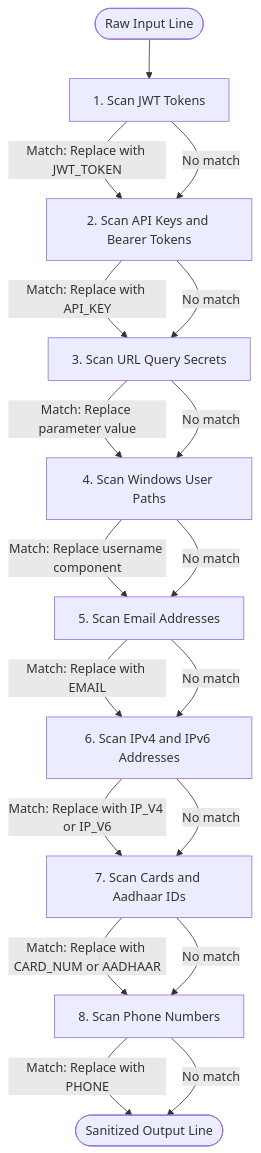
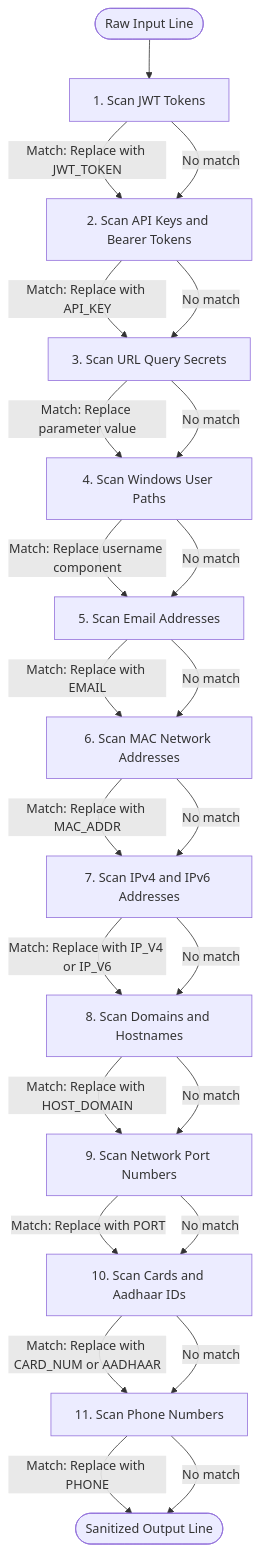
Before and after one commit to bishwajitprasadgond/Log-Redactor: the third of 4 diagrams in README.md, drawn with Mermaid. The commit also changed other lines of this file and 9 other files, not shown here.

````diff
--- a/README.md
+++ b/README.md
@@ -63,27 +63,36 @@
 ```mermaid
 flowchart TD
     RawLine([Raw Input Line]) --> R1[1. Scan JWT Tokens]
     R1 -->|Match: Replace with JWT_TOKEN| R2[2. Scan API Keys and Bearer Tokens]
     R1 -->|No match| R2
     
     R2 -->|Match: Replace with API_KEY| R3[3. Scan URL Query Secrets]
     R2 -->|No match| R3
     
     R3 -->|Match: Replace parameter value| R4[4. Scan Windows User Paths]
     R3 -->|No match| R4
     
     R4 -->|Match: Replace username component| R5[5. Scan Email Addresses]
     R4 -->|No match| R5
     
-    R5 -->|Match: Replace with EMAIL| R6[6. Scan IPv4 and IPv6 Addresses]
+    R5 -->|Match: Replace with EMAIL| R6[6. Scan MAC Network Addresses]
     R5 -->|No match| R6
-    
-    R6 -->|Match: Replace with IP_V4 or IP_V6| R7[7. Scan Cards and Aadhaar IDs]
+
+    R6 -->|Match: Replace with MAC_ADDR| R7[7. Scan IPv4 and IPv6 Addresses]
     R6 -->|No match| R7
     
-    R7 -->|Match: Replace with CARD_NUM or AADHAAR| R8[8. Scan Phone Numbers]
+    R7 -->|Match: Replace with IP_V4 or IP_V6| R8[8. Scan Domains and Hostnames]
     R7 -->|No match| R8
+
+    R8 -->|Match: Replace with HOST_DOMAIN| R9[9. Scan Network Port Numbers]
+    R8 -->|No match| R9
+
+    R9 -->|Match: Replace with PORT| R10[10. Scan Cards and Aadhaar IDs]
+    R9 -->|No match| R10
     
-    R8 -->|Match: Replace with PHONE| RedactedLine([Sanitized Output Line])
-    R8 -->|No match| RedactedLine
+    R10 -->|Match: Replace with CARD_NUM or AADHAAR| R11[11. Scan Phone Numbers]
+    R10 -->|No match| R11
+    
+    R11 -->|Match: Replace with PHONE| RedactedLine([Sanitized Output Line])
+    R11 -->|No match| RedactedLine
 ```
````
